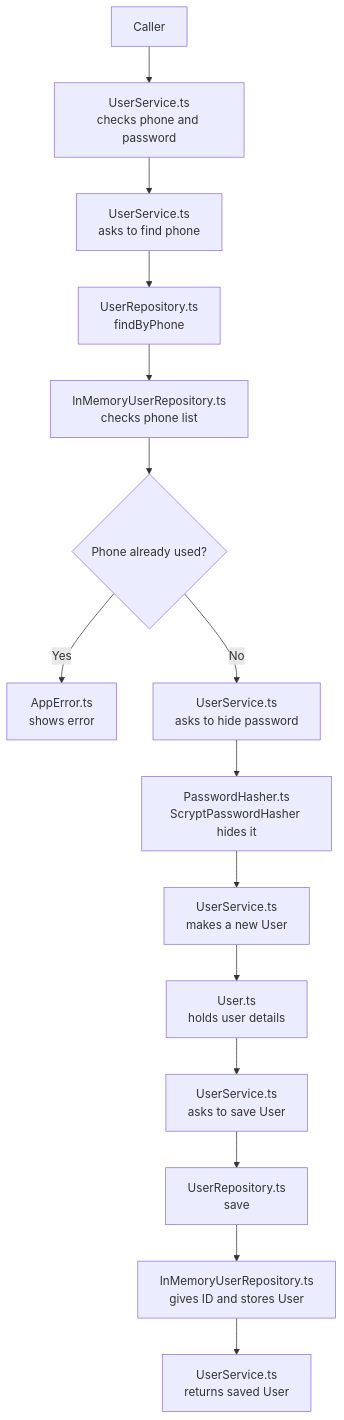
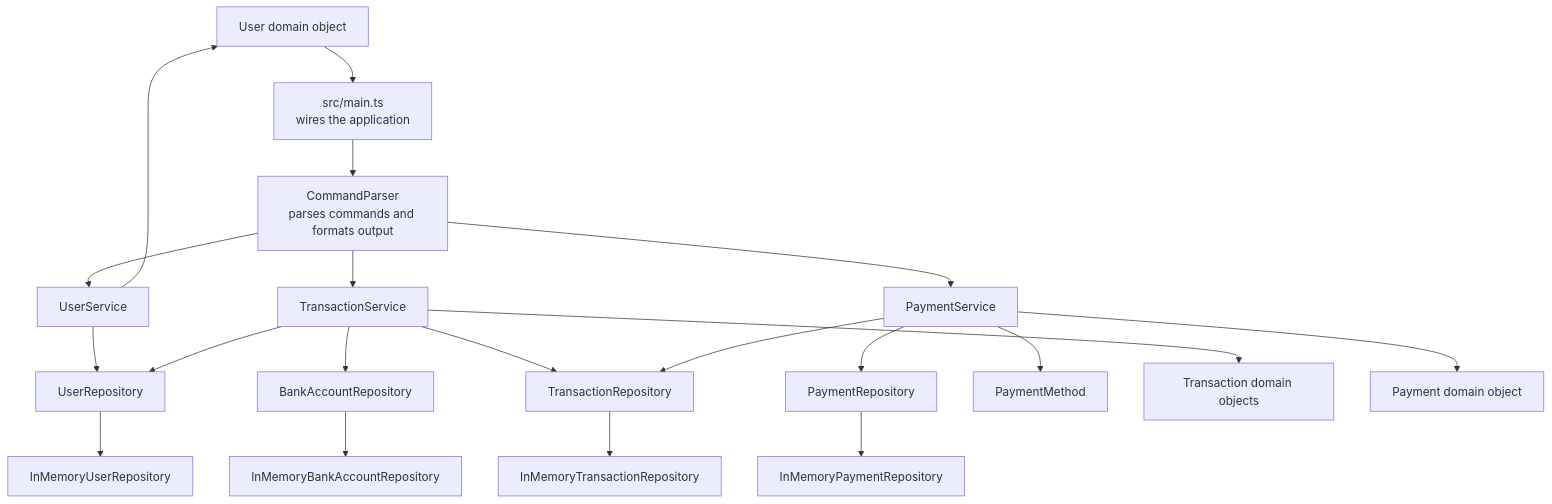
Before and after one commit to VarunMendre/System-Design-fundamentals: the first of 5 diagrams in 07_Payment-App-LLD/payments-cli/STEP-1-USERS-FLOW.md, drawn with Mermaid. The commit also changed other lines of this file and 7 other files, not shown here.

First line of the commit message:
feat(payments-cli): complete payment flows and add coverage

````diff
--- a/07_Payment-App-LLD/payments-cli/STEP-1-USERS-FLOW.md
+++ b/07_Payment-App-LLD/payments-cli/STEP-1-USERS-FLOW.md
@@ -14,23 +7,22 @@
 ```mermaid
 flowchart TB
-    A[Caller]
-    B[UserService.ts<br/>checks phone and password]
-    C[UserService.ts<br/>asks to find phone]
-    D[UserRepository.ts<br/>findByPhone]
-    E[InMemoryUserRepository.ts<br/>checks phone list]
-    F{Phone already used?}
-    X[AppError.ts<br/>shows error]
-    G[UserService.ts<br/>asks to hide password]
-    H[PasswordHasher.ts<br/>ScryptPasswordHasher hides it]
-    I[UserService.ts<br/>makes a new User]
-    J[User.ts<br/>holds user details]
-    K[UserService.ts<br/>asks to save User]
-    L[UserRepository.ts<br/>save]
-    M[InMemoryUserRepository.ts<br/>gives ID and stores User]
-    N[UserService.ts<br/>returns saved User]
-
-    A --> B --> C --> D --> E --> F
-    F -->|Yes| X
-    F -->|No| G --> H --> I --> J
-    J --> K --> L --> M --> N
+    User[Person using the CLI] --> Main[src/main.ts<br/>wires the application]
+    Main --> Parser[CommandParser<br/>parses commands and formats output]
+    Parser --> UserSvc[UserService]
+    Parser --> TxnSvc[TransactionService]
+    Parser --> PaySvc[PaymentService]
+    UserSvc --> UserRepo[UserRepository]
+    TxnSvc --> UserRepo
+    TxnSvc --> BankRepo[BankAccountRepository]
+    TxnSvc --> TxnRepo[TransactionRepository]
+    PaySvc --> TxnRepo
+    PaySvc --> PaymentRepo[PaymentRepository]
+    PaySvc --> Method[PaymentMethod]
+    UserRepo --> UserMem[InMemoryUserRepository]
+    BankRepo --> BankMem[InMemoryBankAccountRepository]
+    TxnRepo --> TxnMem[InMemoryTransactionRepository]
+    PaymentRepo --> PaymentMem[InMemoryPaymentRepository]
+    UserSvc --> User[User domain object]
+    TxnSvc --> Txn[Transaction domain objects]
+    PaySvc --> Payment[Payment domain object]
 ```
````
